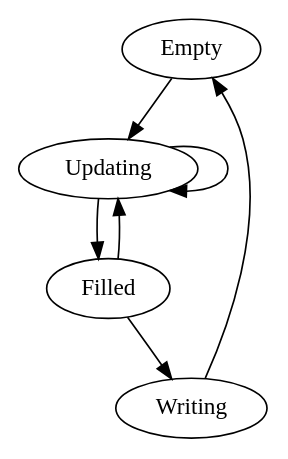
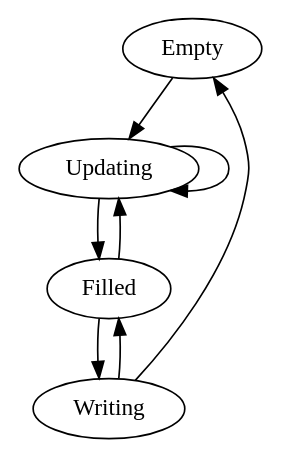
Before and after one commit to hodgesds/iouring-go: the diagram in ring_states.dot, drawn with Graphviz. The commit also changed 7 other files, not shown here.

```diff
--- a/ring_states.dot
+++ b/ring_states.dot
@@ -1,8 +1,9 @@
 digraph G {
   Empty    -> Updating
   Updating -> Filled
   Updating -> Updating
   Filled   -> Writing
   Filled   -> Updating
+  Writing  -> Filled
   Writing  -> Empty
 }
```
